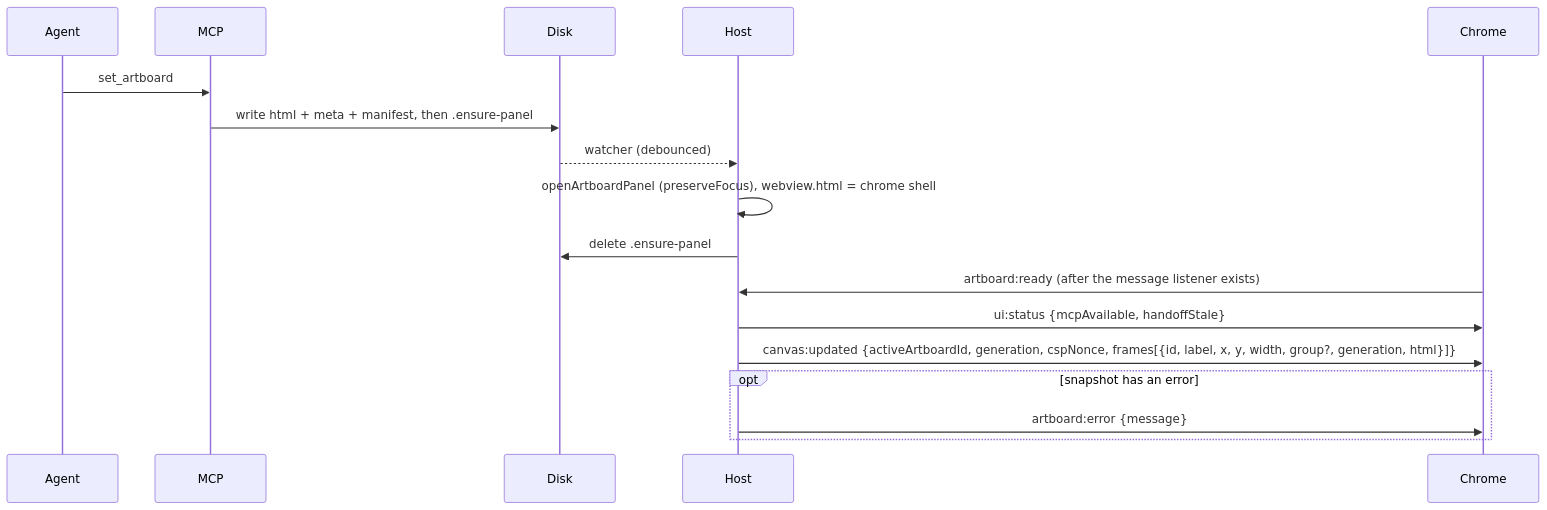
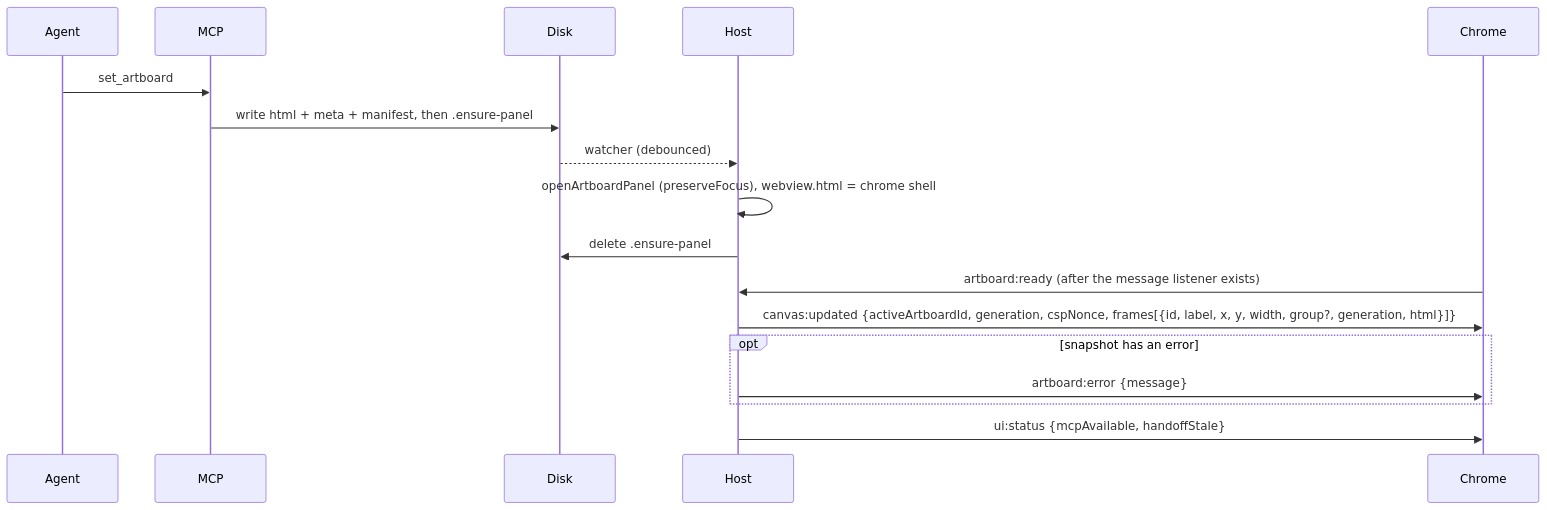
The second of 5 diagrams in blueprint/context/system-map.md (MarekBombera/cursor-design-extension), drawn with Mermaid before and after one commit. The commit also changed other lines of this file and 45 other files, not shown here.

````diff
--- a/blueprint/context/system-map.md
+++ b/blueprint/context/system-map.md
@@ -78,19 +78,19 @@
 ```mermaid
 sequenceDiagram
   participant A as Agent
   participant M as MCP
   participant D as Disk
   participant H as Host
   participant C as Chrome
   A->>M: set_artboard
   M->>D: write html + meta + manifest, then .ensure-panel
   D-->>H: watcher (debounced)
   H->>H: openArtboardPanel (preserveFocus), webview.html = chrome shell
   H->>D: delete .ensure-panel
   C->>H: artboard:ready (after the message listener exists)
-  H->>C: ui:status {mcpAvailable, handoffStale}
   H->>C: canvas:updated {activeArtboardId, generation, cspNonce, frames[{id, label, x, y, width, group?, generation, html}]}
   opt snapshot has an error
     H->>C: artboard:error {message}
   end
+  H->>C: ui:status {mcpAvailable, handoffStale}
 ```
````
